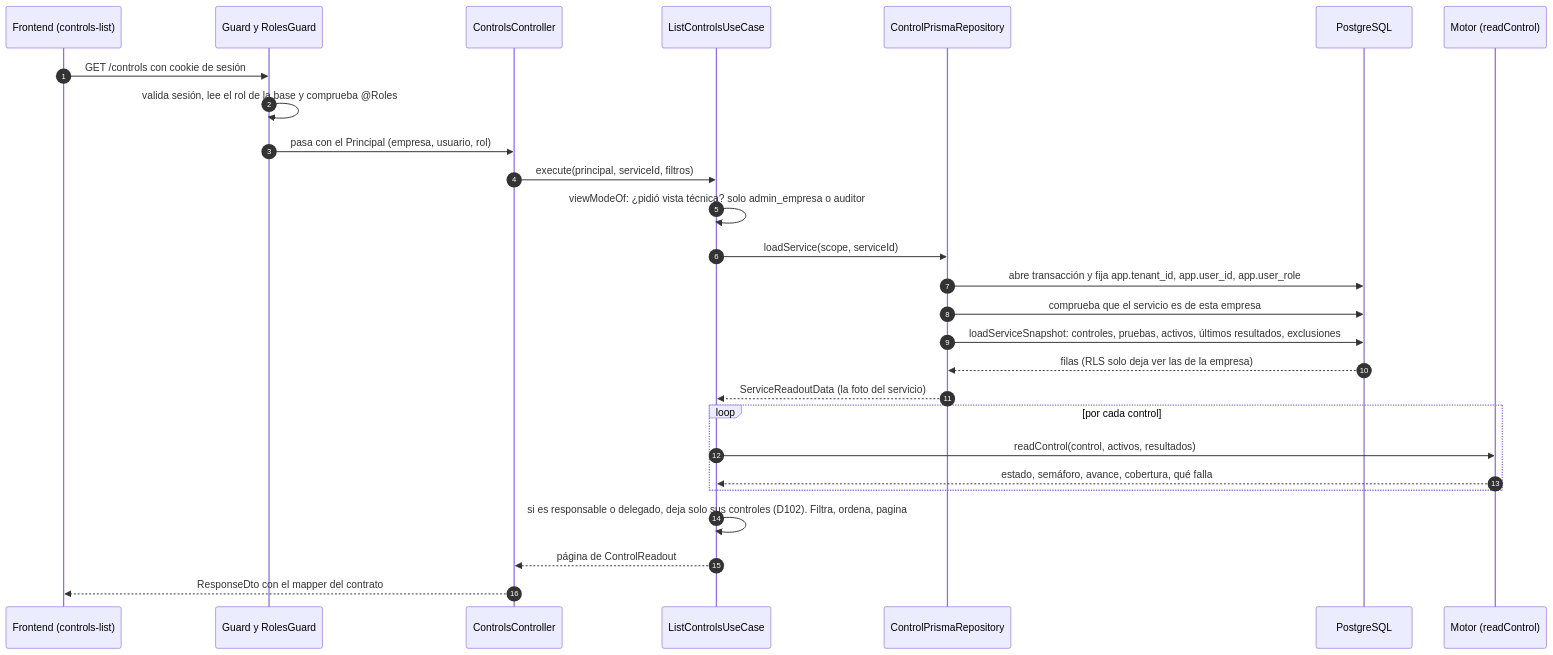
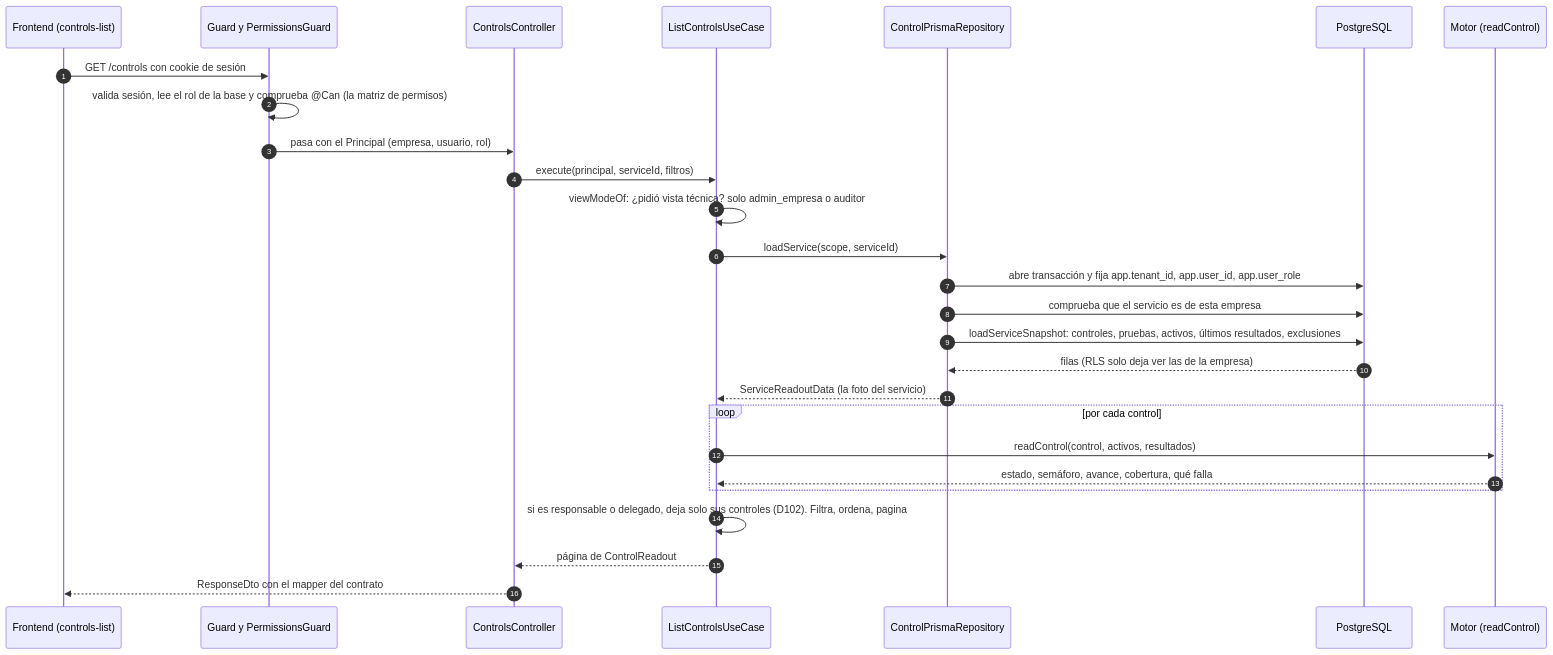
Before and after one commit to Monkey-GRC/Monkey-Brain-IA: the diagram in skills/product/monkey-compliance-council/references/arquitectura/cumplimiento/controles/03-flujos.md, drawn with Mermaid. The commit also changed 82 other files, not shown here.

````diff
--- a/skills/product/monkey-compliance-council/references/arquitectura/cumplimiento/controles/03-flujos.md
+++ b/skills/product/monkey-compliance-council/references/arquitectura/cumplimiento/controles/03-flujos.md
@@ -12,30 +12,30 @@
 ```mermaid
 sequenceDiagram
     autonumber
     participant FE as Frontend (controls-list)
-    participant G as Guard y RolesGuard
+    participant G as Guard y PermissionsGuard
     participant C as ControlsController
     participant UC as ListControlsUseCase
     participant R as ControlPrismaRepository
     participant DB as PostgreSQL
     participant M as Motor (readControl)
 
     FE->>G: GET /controls con cookie de sesión
-    G->>G: valida sesión, lee el rol de la base y comprueba @Roles
+    G->>G: valida sesión, lee el rol de la base y comprueba @Can (la matriz de permisos)
     G->>C: pasa con el Principal (empresa, usuario, rol)
     C->>UC: execute(principal, serviceId, filtros)
     UC->>UC: viewModeOf: ¿pidió vista técnica? solo admin_empresa o auditor
     UC->>R: loadService(scope, serviceId)
     R->>DB: abre transacción y fija app.tenant_id, app.user_id, app.user_role
     R->>DB: comprueba que el servicio es de esta empresa
     R->>DB: loadServiceSnapshot: controles, pruebas, activos, últimos resultados, exclusiones
     DB-->>R: filas (RLS solo deja ver las de la empresa)
     R-->>UC: ServiceReadoutData (la foto del servicio)
     loop por cada control
         UC->>M: readControl(control, activos, resultados)
         M-->>UC: estado, semáforo, avance, cobertura, qué falla
     end
     UC->>UC: si es responsable o delegado, deja solo sus controles (D102). Filtra, ordena, pagina
     UC-->>C: página de ControlReadout
     C-->>FE: ResponseDto con el mapper del contrato
 ```
````
